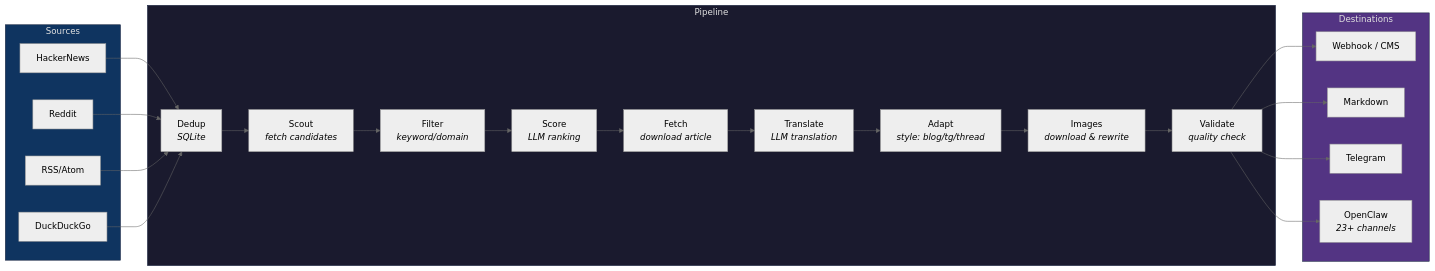
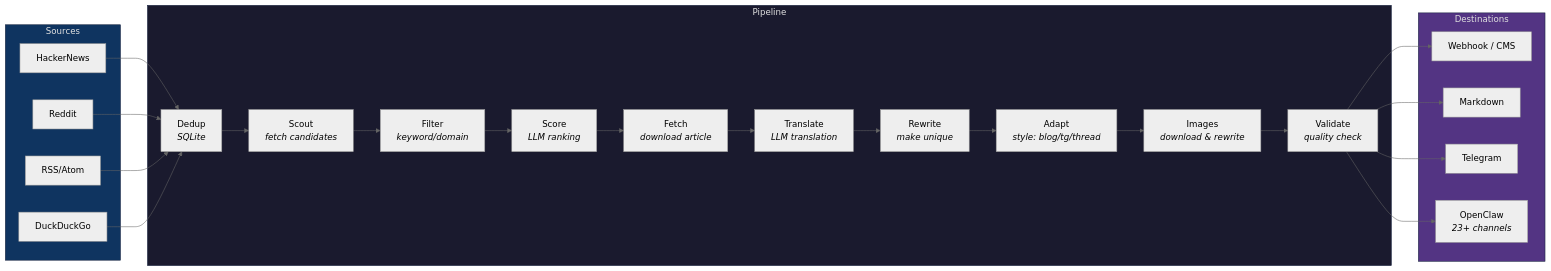
One commit to DenSul/pipepost changed the first of 3 diagrams in README.md. Above: the diagram before and after it, drawn with Mermaid (neutral theme). The commit also changed other lines of this file and 7 other files, not shown here.

````diff
--- a/README.md
+++ b/README.md
@@ -142,35 +143,36 @@
 ```mermaid
 graph LR
     subgraph Sources
         HN[HackerNews]
         RD[Reddit]
         RSS[RSS/Atom]
         DDG[DuckDuckGo]
     end
 
     subgraph Pipeline
         Dedup[Dedup<br><i>SQLite</i>]
         Scout[Scout<br><i>fetch candidates</i>]
         Filter[Filter<br><i>keyword/domain</i>]
         Score[Score<br><i>LLM ranking</i>]
         Fetch[Fetch<br><i>download article</i>]
         Translate[Translate<br><i>LLM translation</i>]
+        Rewrite[Rewrite<br><i>make unique</i>]
         Adapt[Adapt<br><i>style: blog/tg/thread</i>]
         Images[Images<br><i>download & rewrite</i>]
         Validate[Validate<br><i>quality check</i>]
     end
 
     subgraph Destinations
         WH[Webhook / CMS]
         MD[Markdown]
         TG[Telegram]
         OC[OpenClaw<br><i>23+ channels</i>]
     end
 
-    HN & RD & RSS & DDG --> Dedup --> Scout --> Filter --> Score --> Fetch --> Translate --> Adapt --> Images --> Validate
+    HN & RD & RSS & DDG --> Dedup --> Scout --> Filter --> Score --> Fetch --> Translate --> Rewrite --> Adapt --> Images --> Validate
     Validate --> WH & MD & TG & OC
 
     style Pipeline fill:#1a1a2e,stroke:#16213e,color:#e0e0e0
     style Sources fill:#0f3460,stroke:#16213e,color:#e0e0e0
     style Destinations fill:#533483,stroke:#16213e,color:#e0e0e0
 ```
````
